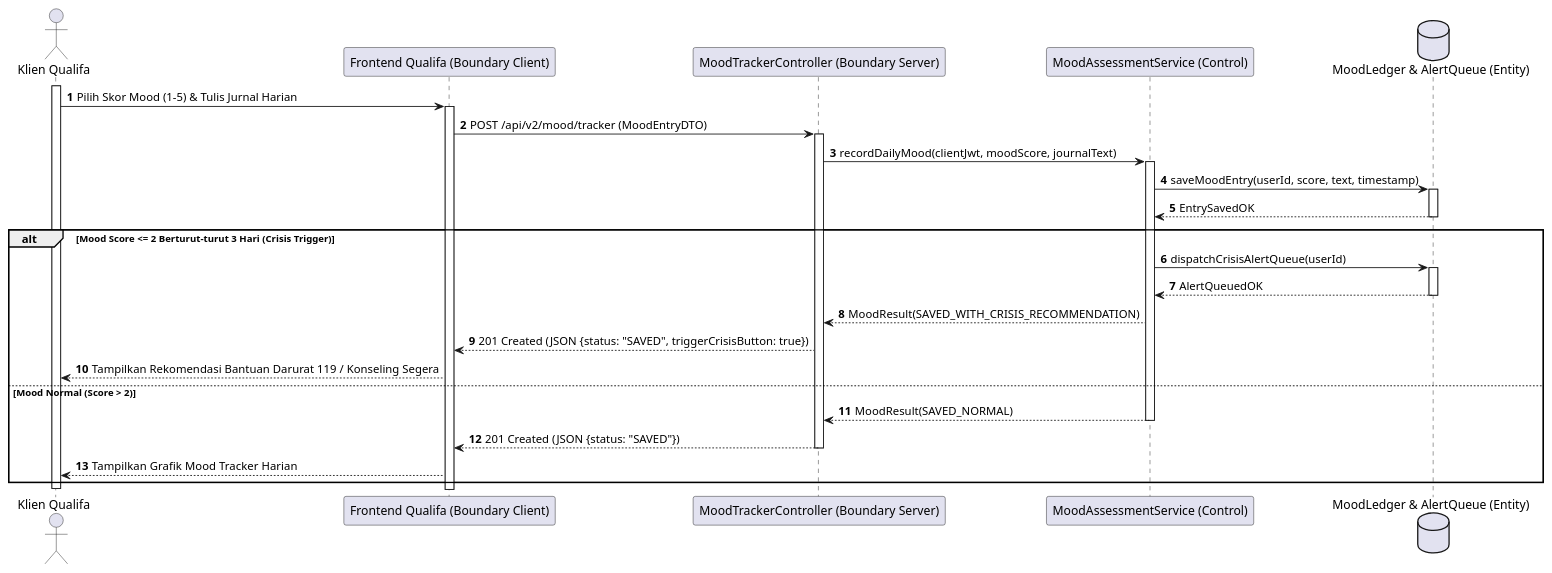
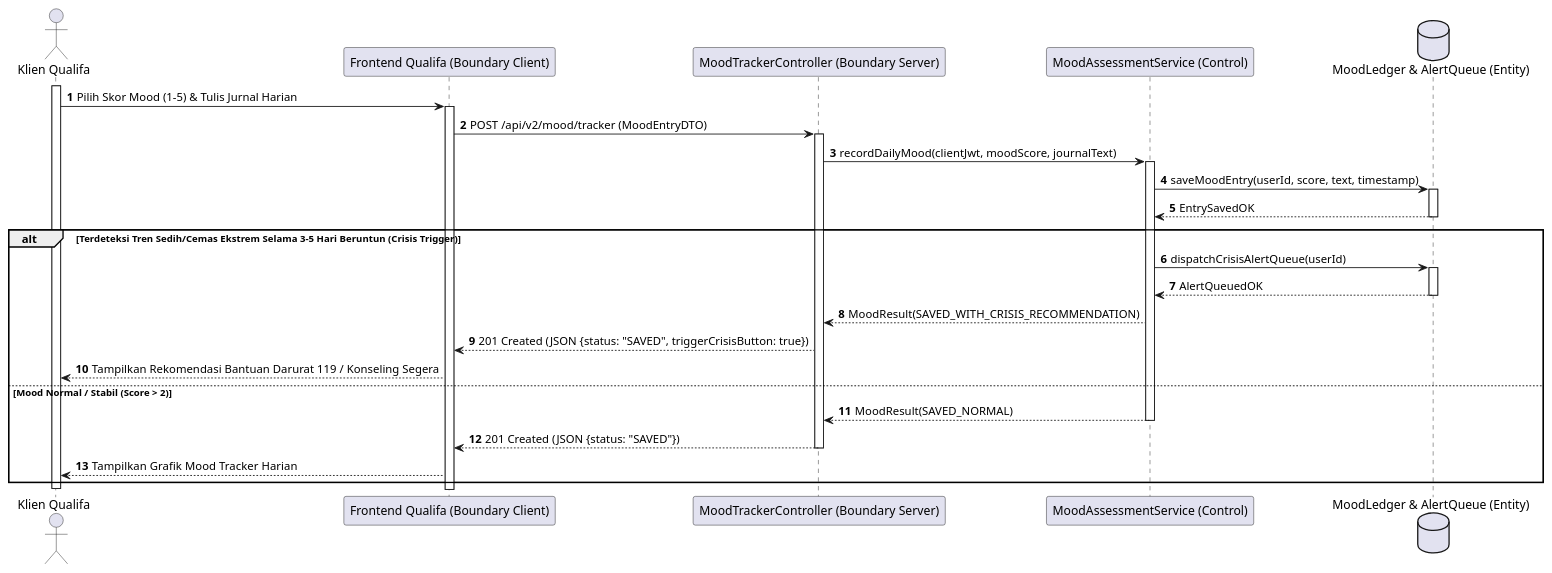
Diagram 21 of 28 in MarkDown/plantuml_sequence_diagrams.md (tupperwureism/SuperApp-Gagal), drawn with PlantUML before and after one commit. The commit also changed other lines of this file and 1 other file, not shown here.

Commit message:
docs: Deep 1-to-1 logical synchronization across all 28 Sequence Diagrams with AD branches

````diff
--- a/MarkDown/plantuml_sequence_diagrams.md
+++ b/MarkDown/plantuml_sequence_diagrams.md
@@ -1061,30 +1188,30 @@
 ```plantuml
 @startuml
 autonumber
 actor "Klien Qualifa" as User
 participant "Frontend Qualifa (Boundary Client)" as B_FE
 participant "MoodTrackerController (Boundary Server)" as B_BE
 participant "MoodAssessmentService (Control)" as C_Svc
 database "MoodLedger & AlertQueue (Entity)" as E_DB
 
 activate User
 User -> B_FE ++ : Pilih Skor Mood (1-5) & Tulis Jurnal Harian
 B_FE -> B_BE ++ : POST /api/v2/mood/tracker (MoodEntryDTO)
 B_BE -> C_Svc ++ : recordDailyMood(clientJwt, moodScore, journalText)
 C_Svc -> E_DB ++ : saveMoodEntry(userId, score, text, timestamp)
 E_DB --> C_Svc -- : EntrySavedOK
 
-alt Mood Score <= 2 Berturut-turut 3 Hari (Crisis Trigger)
+alt Terdeteksi Tren Sedih/Cemas Ekstrem Selama 3-5 Hari Beruntun (Crisis Trigger)
     C_Svc -> E_DB ++ : dispatchCrisisAlertQueue(userId)
     E_DB --> C_Svc -- : AlertQueuedOK
     C_Svc --> B_BE : MoodResult(SAVED_WITH_CRISIS_RECOMMENDATION)
     B_BE --> B_FE : 201 Created (JSON {status: "SAVED", triggerCrisisButton: true})
     B_FE --> User : Tampilkan Rekomendasi Bantuan Darurat 119 / Konseling Segera
-else Mood Normal (Score > 2)
+else Mood Normal / Stabil (Score > 2)
     C_Svc --> B_BE -- : MoodResult(SAVED_NORMAL)
     B_BE --> B_FE -- : 201 Created (JSON {status: "SAVED"})
     B_FE --> User : Tampilkan Grafik Mood Tracker Harian
 end
 deactivate User
 @enduml
 ```
````
